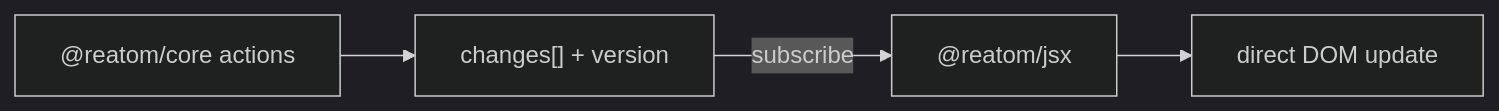
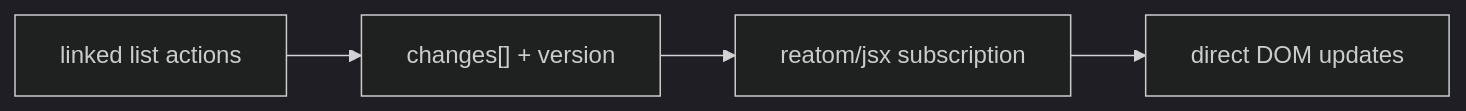
One commit to reatom/reatom changed the diagram in packages/jsx/README.md. Above: the diagram before and after it, drawn with Mermaid (dark theme). The commit also changed other lines of this file and 1 other file, not shown here.

First line of the commit message:
docs(jsx): refine linked lists section prose and table

````diff
--- a/packages/jsx/README.md
+++ b/packages/jsx/README.md
@@ -512,6 +512,7 @@
 ```mermaid
 flowchart LR
-  A["@reatom/core actions"] --> C["changes[] + version"]
-  C -->|"subscribe"| W["@reatom/jsx"]
-  W --> D["direct DOM update"]
+  A["linked list actions"]; B["changes[] + version"]; C["reatom/jsx subscription"]; D["direct DOM updates"]
+  A --> B
+  B --> C
+  C --> D
 ```
````
